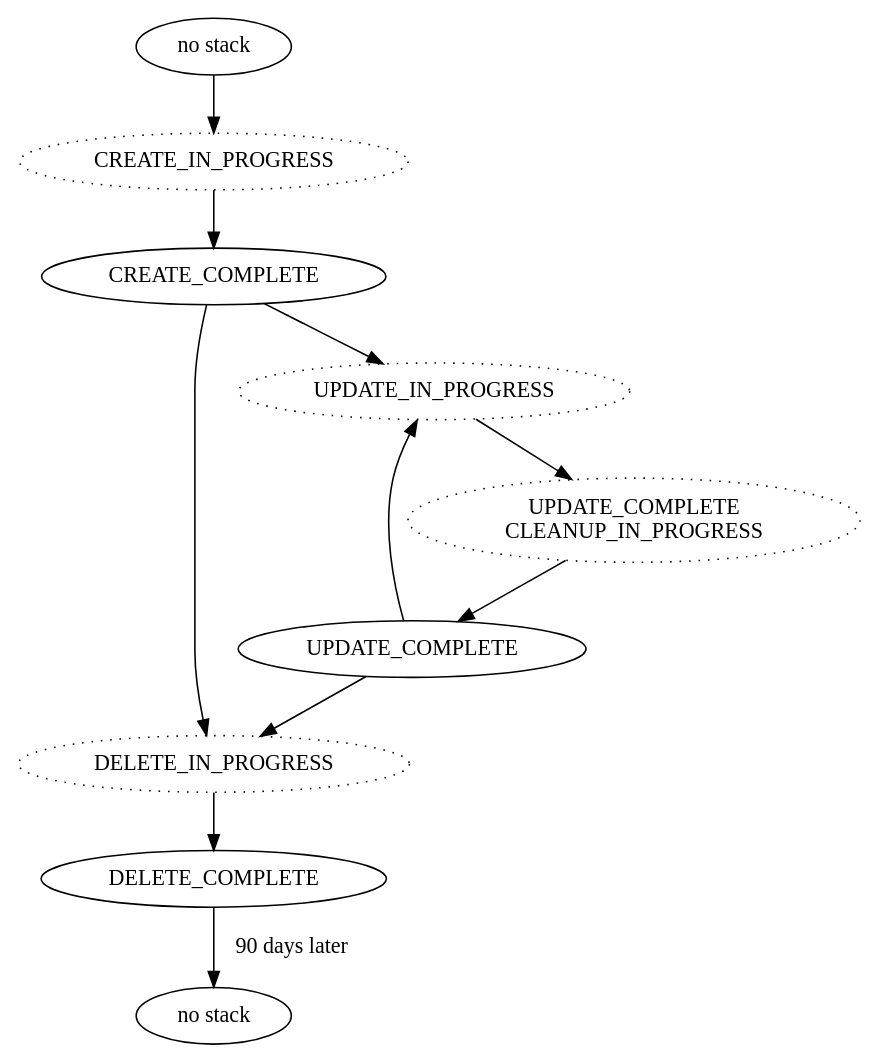
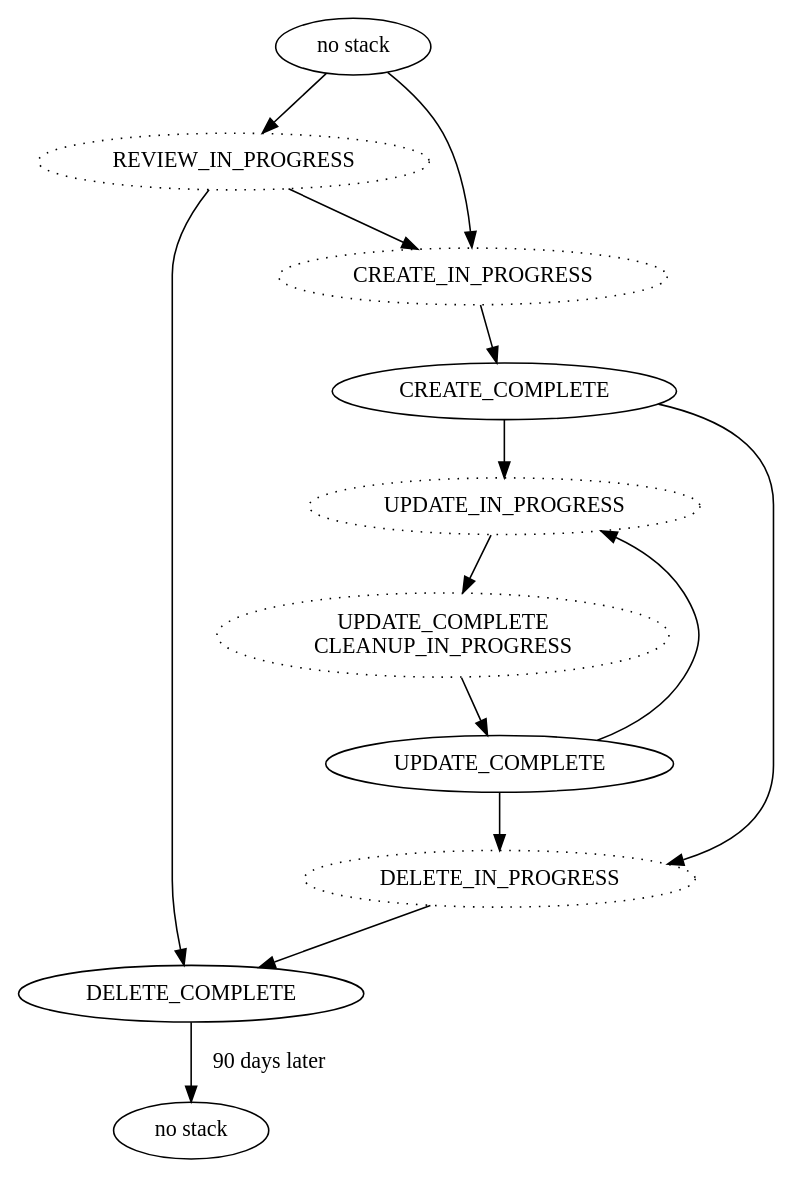
The diagram in happy.dot (rvedotrc/aws-cloudformation-stack-states), drawn with Graphviz before and after one commit. The commit also changed 9 other files, not shown here.

Commit message:
Add the REVIEW_IN_PROGRESS state (change sets)

```diff
--- a/happy.dot
+++ b/happy.dot
@@ -1,27 +1,31 @@
 digraph happy {
 
   before_existence [ label="no stack" ]
   after_existence [ label="no stack" ]
 
+  REVIEW_IN_PROGRESS [ style=dotted ]
   CREATE_COMPLETE
   CREATE_IN_PROGRESS [ style=dotted ]
   DELETE_COMPLETE
   DELETE_IN_PROGRESS [ style=dotted ]
   UPDATE_COMPLETE
   UPDATE_COMPLETE_CLEANUP_IN_PROGRESS [ style=dotted label="UPDATE_COMPLETE\nCLEANUP_IN_PROGRESS" ]
   UPDATE_IN_PROGRESS [ style=dotted ]
 
   before_existence -> CREATE_IN_PROGRESS
+  before_existence -> REVIEW_IN_PROGRESS -> CREATE_IN_PROGRESS
   CREATE_IN_PROGRESS -> CREATE_COMPLETE
+
+  REVIEW_IN_PROGRESS -> DELETE_COMPLETE // never fully created
 
   CREATE_COMPLETE -> UPDATE_IN_PROGRESS -> UPDATE_COMPLETE_CLEANUP_IN_PROGRESS -> UPDATE_COMPLETE
   UPDATE_COMPLETE -> UPDATE_IN_PROGRESS
 
   UPDATE_COMPLETE -> DELETE_IN_PROGRESS
 
   CREATE_COMPLETE -> DELETE_IN_PROGRESS
   DELETE_IN_PROGRESS -> DELETE_COMPLETE
   DELETE_COMPLETE -> after_existence [ label=" 90 days later" ]
 
 }
 // # vi: set sw=2 et ai :
```
